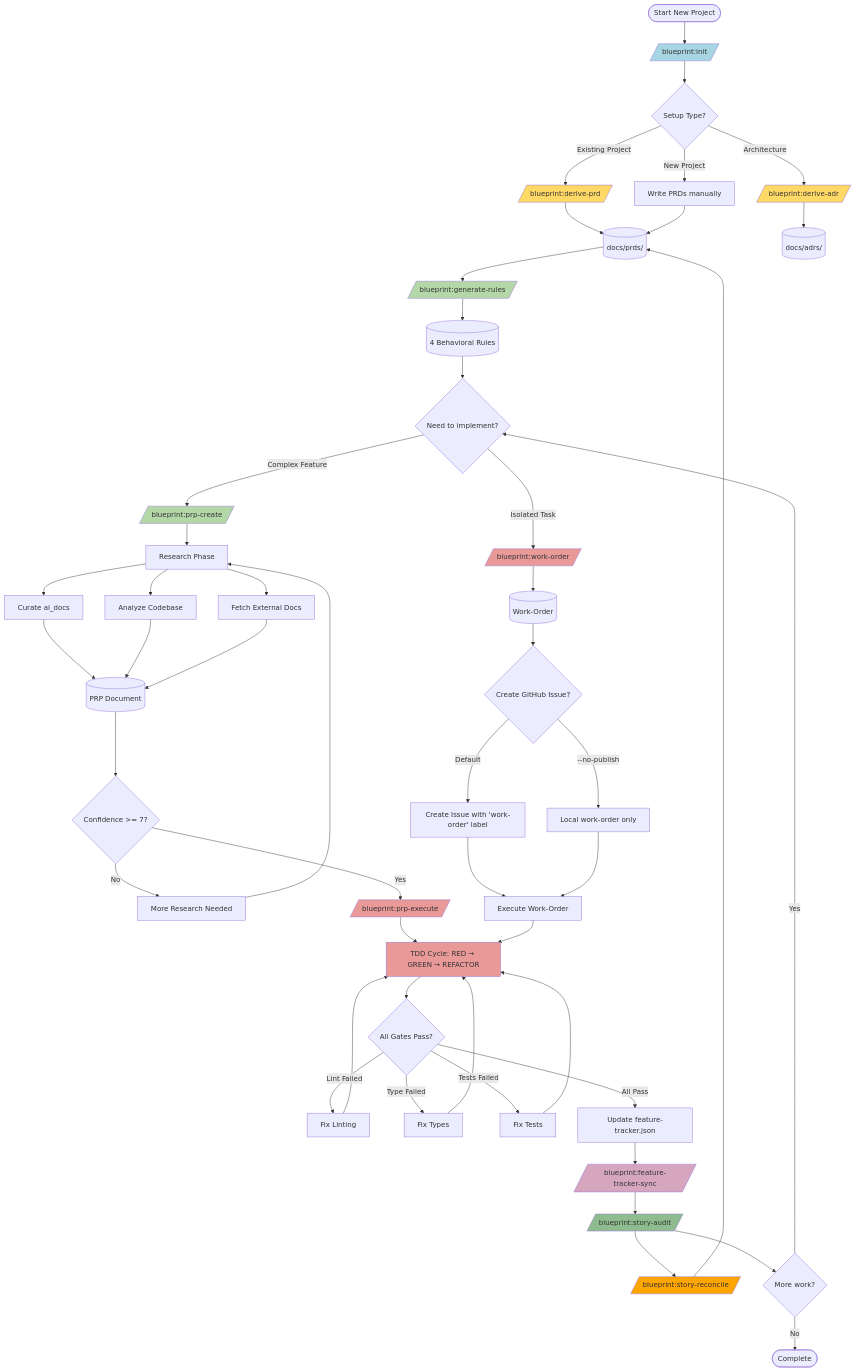
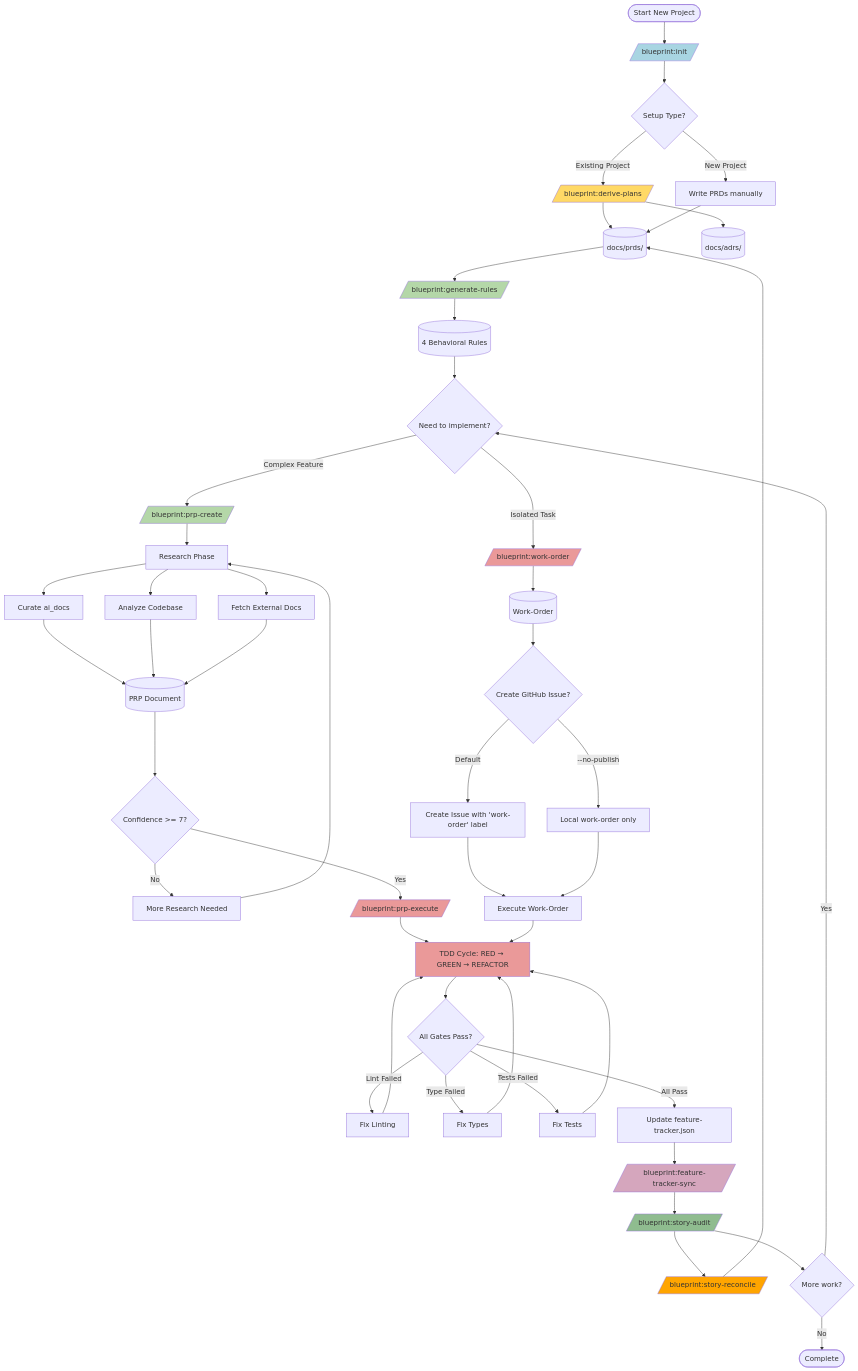
The second of 8 diagrams in blueprint-plugin/docs/blueprint-plugin-sequence.md (laurigates/claude-plugins), drawn with Mermaid before and after one commit. The commit also changed other lines of this file and 29 other files, not shown here.

````diff
--- a/blueprint-plugin/docs/blueprint-plugin-sequence.md
+++ b/blueprint-plugin/docs/blueprint-plugin-sequence.md
@@ -116,80 +116,78 @@
 ```mermaid
 graph TB
     Start([Start New Project]) --> Init[/blueprint:init/]
 
     Init --> InitArtifacts{Setup Type?}
-    InitArtifacts -->|Existing Project| GenPRD[/blueprint:derive-prd/]
+    InitArtifacts -->|Existing Project| GenPlans[/blueprint:derive-plans/]
     InitArtifacts -->|New Project| WritePRD[Write PRDs manually]
-    InitArtifacts -->|Architecture| GenADR[/blueprint:derive-adr/]
 
-    GenPRD --> PRDs[(docs/prds/)]
+    GenPlans --> PRDs[(docs/prds/)]
     WritePRD --> PRDs
-    GenADR --> ADRs[(docs/adrs/)]
+    GenPlans --> ADRs[(docs/adrs/)]
 
     PRDs --> GenRules[/blueprint:generate-rules/]
 
     GenRules --> Rules[(4 Behavioral Rules)]
 
     Rules --> FeatureWork{Need to implement?}
 
     FeatureWork -->|Complex Feature| CreatePRP[/blueprint:prp-create/]
     FeatureWork -->|Isolated Task| CreateWO[/blueprint:work-order/]
 
     CreatePRP --> ResearchPhase[Research Phase]
     ResearchPhase --> CurateAIDocs[Curate ai_docs]
     ResearchPhase --> AnalyzeCodebase[Analyze Codebase]
     ResearchPhase --> FetchDocs[Fetch External Docs]
 
     CurateAIDocs --> PRP[(PRP Document)]
     AnalyzeCodebase --> PRP
     FetchDocs --> PRP
 
     PRP --> ConfidenceCheck{Confidence >= 7?}
     ConfidenceCheck -->|No| MoreResearch[More Research Needed]
     MoreResearch --> ResearchPhase
     ConfidenceCheck -->|Yes| ExecutePRP[/blueprint:prp-execute/]
 
     CreateWO --> WorkOrder[(Work-Order)]
     WorkOrder --> OptionalGH{Create GitHub Issue?}
     OptionalGH -->|Default| GitHubIssue[Create Issue with 'work-order' label]
     OptionalGH -->|--no-publish| LocalOnly[Local work-order only]
 
     GitHubIssue --> ExecuteWO[Execute Work-Order]
     LocalOnly --> ExecuteWO
 
     ExecutePRP --> TDDCycle
     ExecuteWO --> TDDCycle
 
     TDDCycle[TDD Cycle: RED → GREEN → REFACTOR]
     TDDCycle --> ValidationGates{All Gates Pass?}
 
     ValidationGates -->|Lint Failed| FixLint[Fix Linting]
     ValidationGates -->|Type Failed| FixTypes[Fix Types]
     ValidationGates -->|Tests Failed| FixTests[Fix Tests]
 
     FixLint --> TDDCycle
     FixTypes --> TDDCycle
     FixTests --> TDDCycle
 
     ValidationGates -->|All Pass| UpdateProgress[Update feature-tracker.json]
     UpdateProgress --> TrackFeatures[/blueprint:feature-tracker-sync/]
 
     TrackFeatures --> StoryAudit[/blueprint:story-audit/]
     StoryAudit --> Reconcile[/blueprint:story-reconcile/]
     Reconcile --> PRDs
     StoryAudit --> MoreWork{More work?}
     MoreWork -->|Yes| FeatureWork
     MoreWork -->|No| Done([Complete])
 
     style Init fill:#a8d5e2
-    style GenPRD fill:#ffd966
-    style GenADR fill:#ffd966
+    style GenPlans fill:#ffd966
     style GenRules fill:#b4d7a8
     style CreatePRP fill:#b4d7a8
     style ExecutePRP fill:#ea9999
     style CreateWO fill:#ea9999
     style TrackFeatures fill:#d5a6bd
     style TDDCycle fill:#ea9999
     style StoryAudit fill:#8fbc8f
     style Reconcile fill:#ffa500
 ```
````
